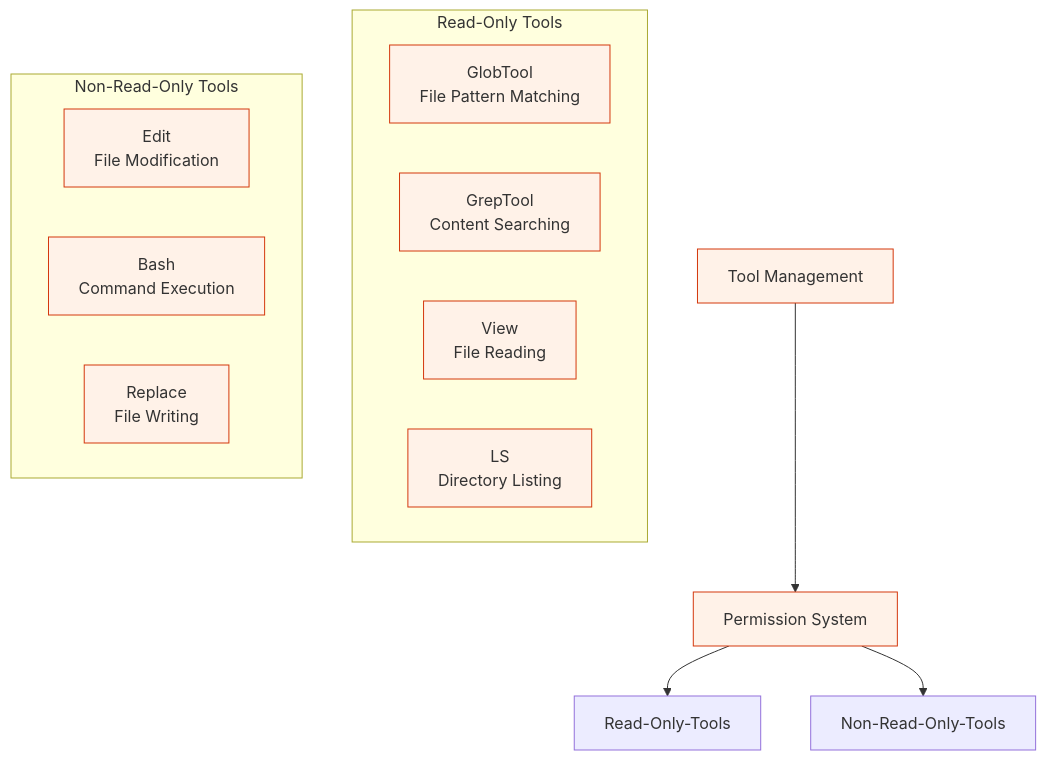
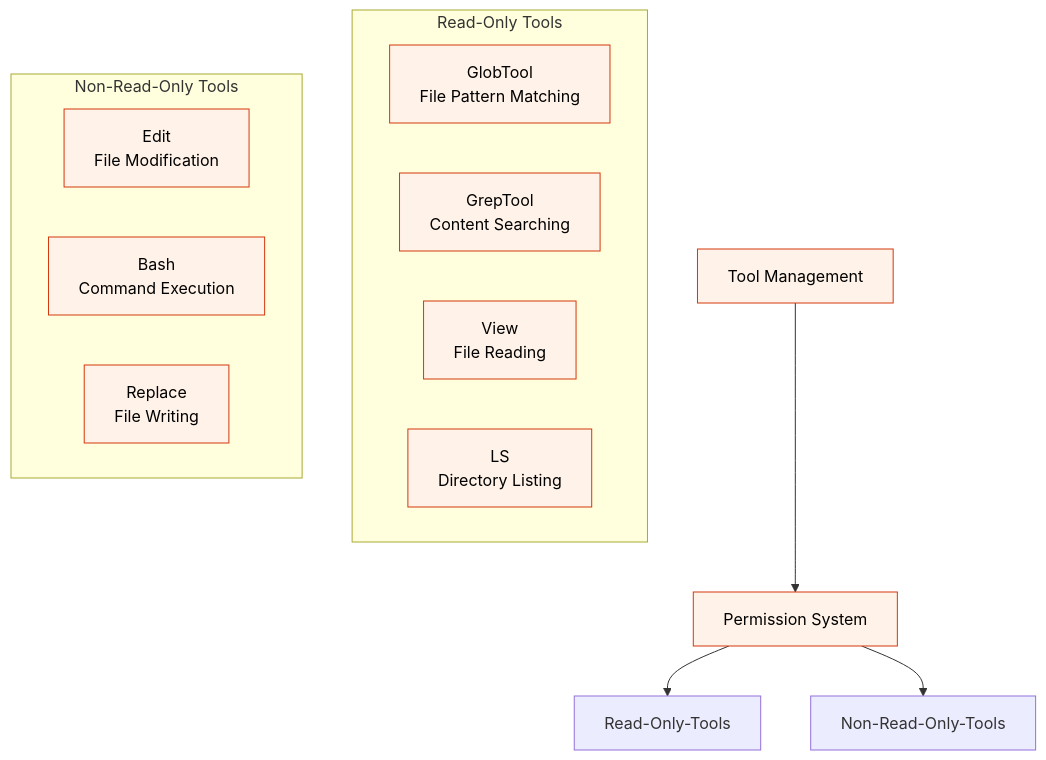
One commit to Szermer/QED changed the fifth of 8 diagrams in src/system-architecture-diagram.md. Above: the diagram before and after it, drawn with Mermaid. The commit also changed other lines of this file and 4 other files, not shown here.

Commit message:
style: improving readability in darkmode of some mermaid diagrams

````diff
--- a/src/system-architecture-diagram.md
+++ b/src/system-architecture-diagram.md
@@ -147,25 +147,25 @@
 ```mermaid
 flowchart TB
     TOOL_Manager["Tool Management"]
     TOOL_Permission["Permission System"]
     
     subgraph "Read-Only Tools"
         TOOL_Glob["GlobTool\nFile Pattern Matching"]
         TOOL_Grep["GrepTool\nContent Searching"]
         TOOL_View["View\nFile Reading"]
         TOOL_LS["LS\nDirectory Listing"]
     end
 
     subgraph "Non-Read-Only Tools"
         TOOL_Edit["Edit\nFile Modification"]
         TOOL_Bash["Bash\nCommand Execution"]
         TOOL_Write["Replace\nFile Writing"]
     end
 
     TOOL_Manager --> TOOL_Permission
     TOOL_Permission --> Read-Only-Tools
     TOOL_Permission --> Non-Read-Only-Tools
     
-    classDef TOOL fill:#fff2e8,stroke:#d4380d
+    classDef TOOL fill:#fff2e8,stroke:#d4380d,color:#000000
     class TOOL_Manager,TOOL_Glob,TOOL_Grep,TOOL_View,TOOL_LS,TOOL_Edit,TOOL_Bash,TOOL_Write,TOOL_Permission TOOL
 ```
````
